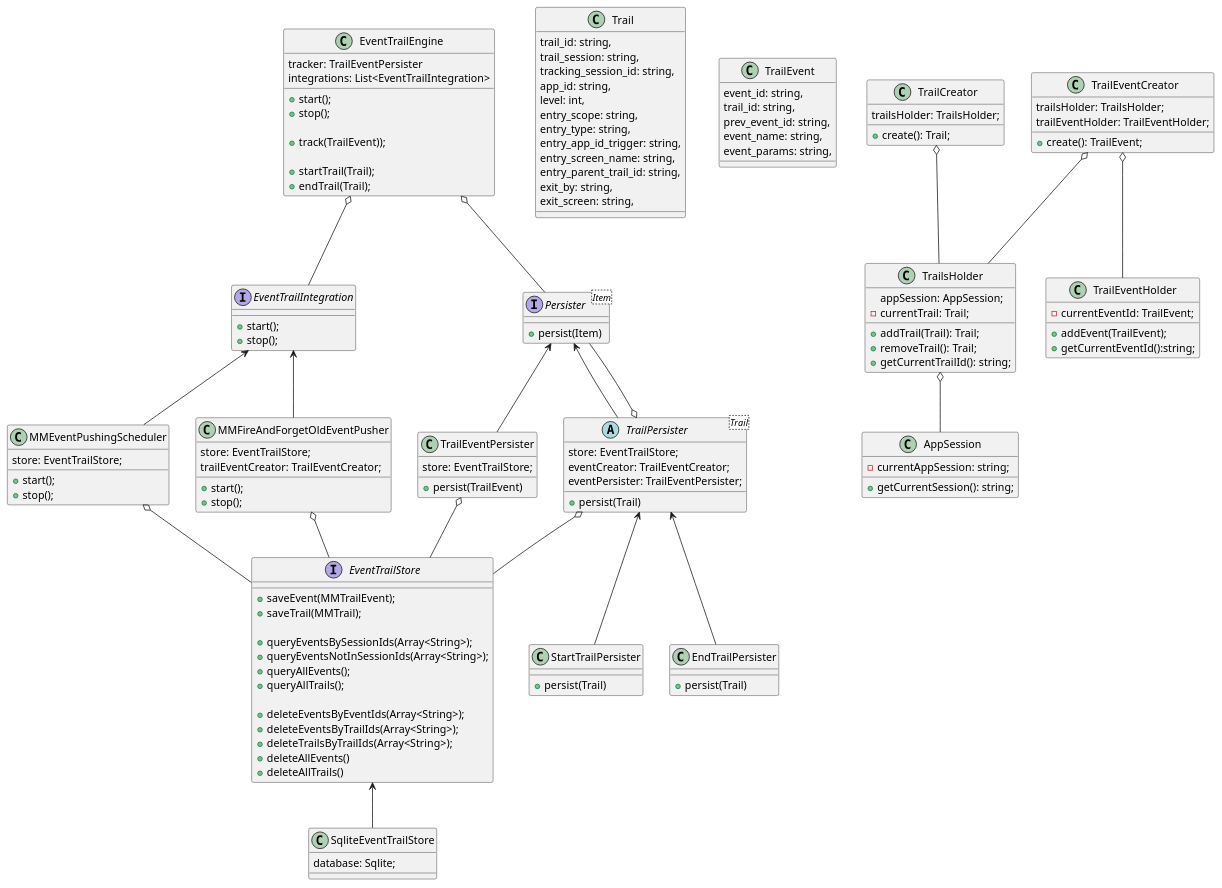
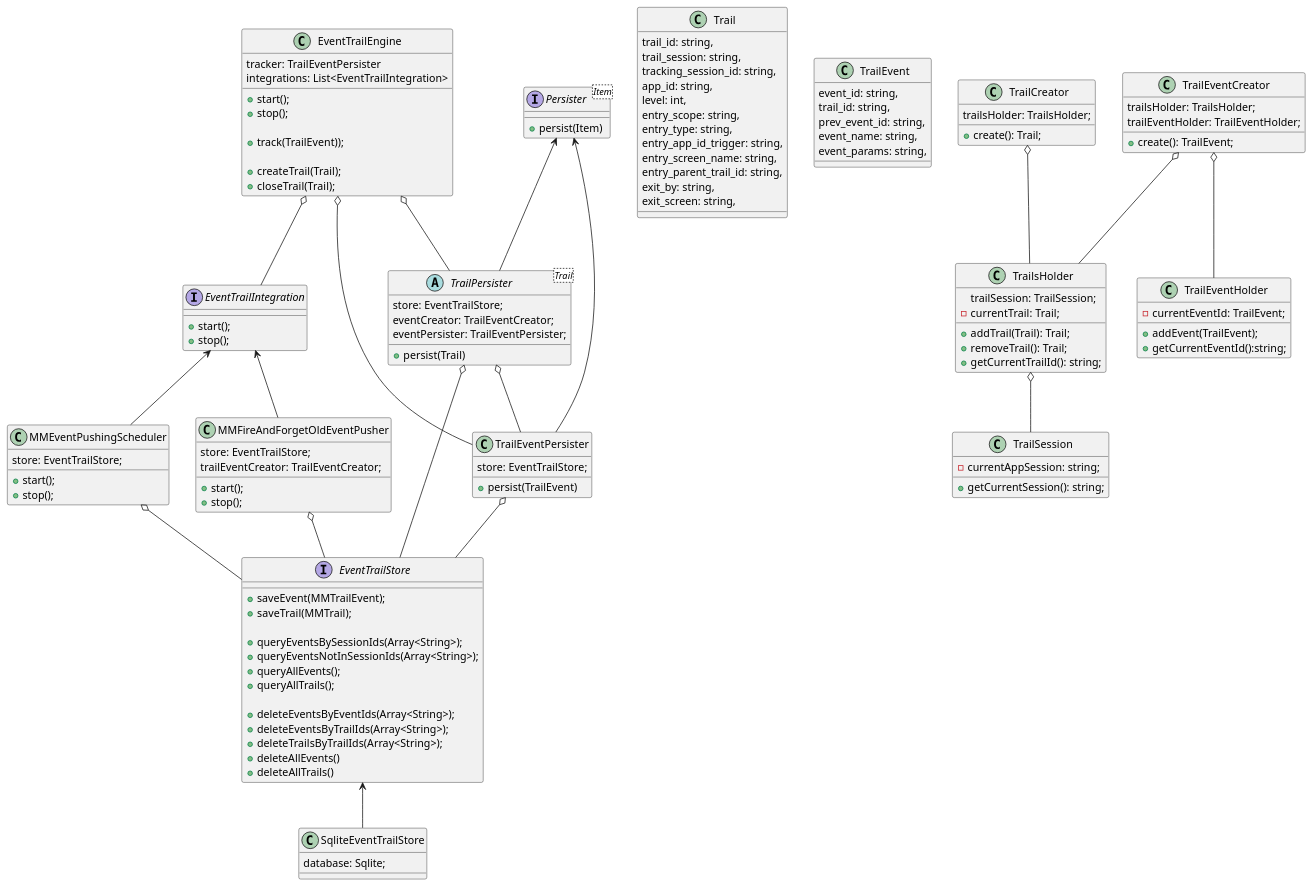
One commit to lamnguyen5464/event-trail changed the diagram in EventTrailTest/event_trails.plantuml. Above: the diagram before and after it, drawn with PlantUML. The commit also changed 17 other files, not shown here.

```diff
--- a/EventTrailTest/event_trails.plantuml
+++ b/EventTrailTest/event_trails.plantuml
@@ -1,181 +1,182 @@
 @startuml
 
 
 class EventTrailEngine {
     tracker: TrailEventPersister
     integrations: List<EventTrailIntegration>
 
     + start();
     + stop();
 
     + track(TrailEvent));
     
-    + startTrail(Trail);
-    + endTrail(Trail);
+    + createTrail(Trail);
+    + closeTrail(Trail);
 
 }
 EventTrailEngine o-- EventTrailIntegration
-EventTrailEngine o-- Persister
+EventTrailEngine o-- TrailEventPersister
+EventTrailEngine o-- TrailPersister
 
 interface Persister<Item> {
     + persist(Item)
 }
 Persister <-- TrailPersister
 Persister <-- TrailEventPersister
 
 abstract class TrailPersister<Trail> {
     store: EventTrailStore;
     eventCreator: TrailEventCreator;
     eventPersister: TrailEventPersister;
 
     + persist(Trail)
 }
-TrailPersister <-- StartTrailPersister
-TrailPersister <-- EndTrailPersister
+' TrailPersister <-- StartTrailPersister
+' TrailPersister <-- EndTrailPersister
 TrailPersister o-- EventTrailStore
-TrailPersister o-- Persister
+TrailPersister o-- TrailEventPersister
 
 
 class TrailEventPersister {
     store: EventTrailStore;
 
     + persist(TrailEvent)
 }
 TrailEventPersister o-- EventTrailStore
 
-class StartTrailPersister { 
-    + persist(Trail)
-}
+' class StartTrailPersister { 
+'     + persist(Trail)
+' }
 
-class EndTrailPersister { 
-    + persist(Trail)
-}
+' class EndTrailPersister { 
+'     + persist(Trail)
+' }
 
 
 ' TrailEventPersister o-- UpcomingTrailEventsSubject
 
 ' class UpcomingTrailEventsSubject {
 '     + emit()
 '     + onUpComingEvent(callback)
 ' }
 
 interface EventTrailIntegration {
     + start();
     + stop();
 }
 EventTrailIntegration <-- MMEventPushingScheduler
 EventTrailIntegration <--  MMFireAndForgetOldEventPusher
 ' EventTrailIntegration <-- ThresholdPusherIntegration
 
 
 class MMEventPushingScheduler {
     store: EventTrailStore;
     + start();
     + stop();
 }
 MMEventPushingScheduler o-- EventTrailStore
 
 ' class ThresholdPusherIntegration {
 '     subject: UpcomingTrailEventsSubject;
 '     store: EventTrailStore;
 '     thresholdNumberOfEvents: Int;
 '     - checkIfReachingThreshold();
 '     + start();
 '     + stop();
 ' }
 ' ThresholdPusherIntegration o-- UpcomingTrailEventsSubject
 ' ThresholdPusherIntegration o-- EventTrailStore
 
 class  MMFireAndForgetOldEventPusher {
     store: EventTrailStore;
     trailEventCreator: TrailEventCreator;
 
     + start();
     + stop();
 }
  MMFireAndForgetOldEventPusher o-- EventTrailStore
 
 interface EventTrailStore {
     + saveEvent(MMTrailEvent);
     + saveTrail(MMTrail);
 
     + queryEventsBySessionIds(Array<String>);
     + queryEventsNotInSessionIds(Array<String>);
     + queryAllEvents();
     + queryAllTrails();
  
     + deleteEventsByEventIds(Array<String>);
     + deleteEventsByTrailIds(Array<String>);
     + deleteTrailsByTrailIds(Array<String>);
     + deleteAllEvents()
     + deleteAllTrails()
 }
 
 EventTrailStore <-- SqliteEventTrailStore
 
 class SqliteEventTrailStore {
     database: Sqlite;
 }
  
 class Trail {
 	trail_id: string,
     trail_session: string,
 	tracking_session_id: string,
 	app_id: string,
 	level: int,
 	entry_scope: string,
 	entry_type: string,
 	entry_app_id_trigger: string,
 	entry_screen_name: string,
 	entry_parent_trail_id: string,
 	exit_by: string,
 	exit_screen: string,
 }
 
 class TrailEvent {
   event_id: string,
   trail_id: string,
   prev_event_id: string,
   event_name: string,
   event_params: string,
 }
 
 class TrailsHolder {
-    appSession: AppSession;
+    trailSession: TrailSession;
     - currentTrail: Trail;
 
     + addTrail(Trail): Trail;
     + removeTrail(): Trail;
     + getCurrentTrailId(): string;
 }
-TrailsHolder o-- AppSession
+TrailsHolder o-- TrailSession
 
 class TrailEventHolder {
     - currentEventId: TrailEvent;
 
     + addEvent(TrailEvent);
     + getCurrentEventId():string;
 }
 
 class TrailEventCreator {
     trailsHolder: TrailsHolder;
     trailEventHolder: TrailEventHolder;
 
     + create(): TrailEvent;
 }
 TrailEventCreator o-- TrailsHolder
 TrailEventCreator o-- TrailEventHolder
 
 class TrailCreator {
     trailsHolder: TrailsHolder;
 
     + create(): Trail;
 }
 TrailCreator o--TrailsHolder
 
-class AppSession {
+class TrailSession {
     - currentAppSession: string;
     + getCurrentSession(): string;
 }
 
 @enduml
```
